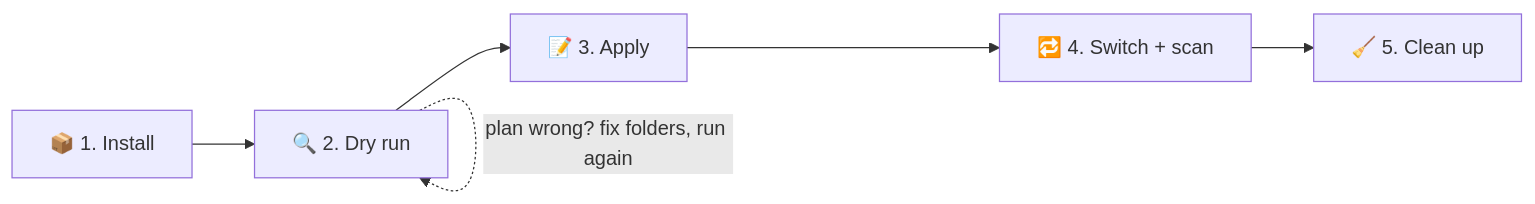
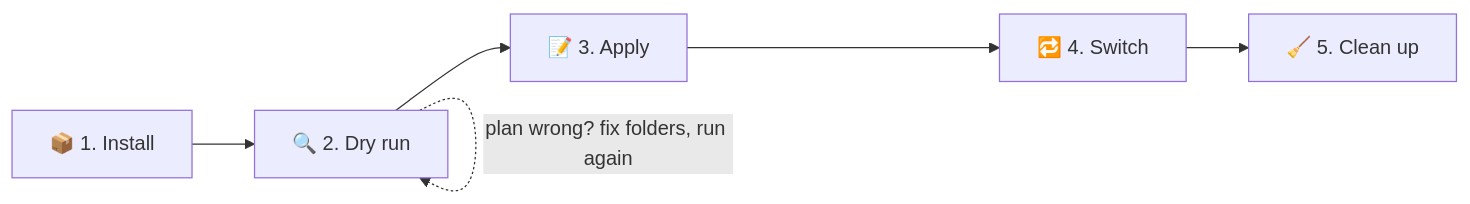
One commit to KurtzPT/kizuna changed the second of 3 diagrams in MIGRATION.md. Above: the diagram before and after it, drawn with Mermaid. The commit also changed other lines of this file and 7 other files, not shown here.

First line of the commit message:
Docs: render fixes from a pass on GitHub: diagrams no longer clipped or hidden by the zoom buttons, no sideways scrolling

````diff
--- a/MIGRATION.md
+++ b/MIGRATION.md
@@ -76,5 +76,5 @@
 ```mermaid
 flowchart LR
-    A["📦 1. Install"] --> B["🔍 2. Dry run"] --> C["📝 3. Apply"] --> D["🔁 4. Switch + scan"] --> F["🧹 5. Clean up"]
+    A["📦 1. Install"] --> B["🔍 2. Dry run"] --> C["📝 3. Apply"] --> D["🔁 4. Switch"] --> F["🧹 5. Clean up"]
     B -. "plan wrong? fix folders, run again" .-> B
 ```
````
